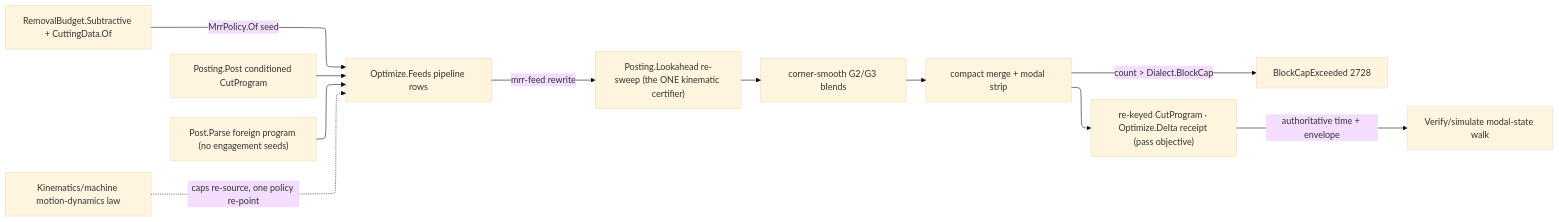
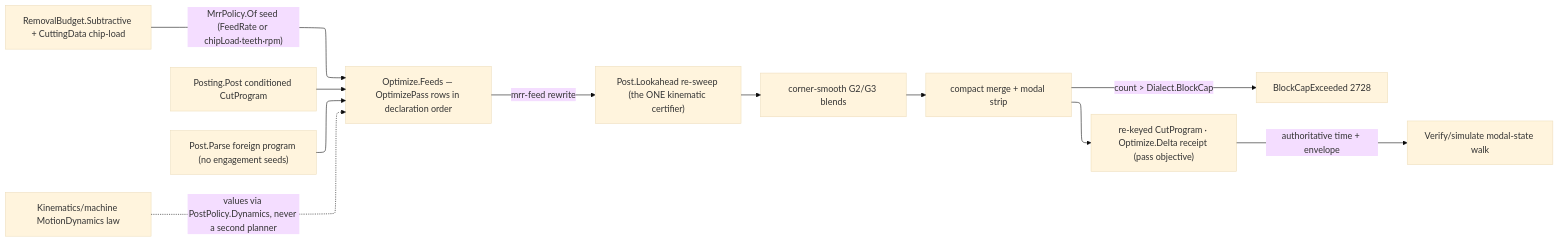
The diagram in libs/csharp/Rasm.Fabrication/.planning/Posting/optimization.md (bsamiee/Rasm), drawn with Mermaid before and after one commit. The commit also changed other lines of this file and 79 other files, not shown here.

````diff
--- a/libs/csharp/Rasm.Fabrication/.planning/Posting/optimization.md
+++ b/libs/csharp/Rasm.Fabrication/.planning/Posting/optimization.md
@@ -285,18 +282,18 @@
 ```mermaid
 ---
 config:
   layout: elk
   theme: base
 ---
 flowchart LR
-    Post["Posting.Post conditioned CutProgram"] --> Apply["Optimize.Feeds pipeline rows"]
+    Post["Posting.Post conditioned CutProgram"] --> Apply["Optimize.Feeds — OptimizePass rows in declaration order"]
     Parse["Post.Parse foreign program (no engagement seeds)"] --> Apply
-    Physics["RemovalBudget.Subtractive + CuttingData.Of"] -->|"MrrPolicy.Of seed"| Apply
-    Apply -->|"mrr-feed rewrite"| Sweep["Posting.Lookahead re-sweep (the ONE kinematic certifier)"]
+    Physics["RemovalBudget.Subtractive + CuttingData chip-load"] -->|"MrrPolicy.Of seed (FeedRate or chipLoad·teeth·rpm)"| Apply
+    Apply -->|"mrr-feed rewrite"| Sweep["Post.Lookahead re-sweep (the ONE kinematic certifier)"]
     Sweep --> SmoothP["corner-smooth G2/G3 blends"]
     SmoothP --> CompactP["compact merge + modal strip"]
     CompactP -->|"count > Dialect.BlockCap"| Cap["BlockCapExceeded 2728"]
     CompactP --> Out["re-keyed CutProgram · Optimize.Delta receipt (pass objective)"]
     Out -->|authoritative time + envelope| Sim["Verify/simulate modal-state walk"]
-    Machine["Kinematics/machine motion-dynamics law"] -.->|"caps re-source, one policy re-point"| Apply
+    Machine["Kinematics/machine MotionDynamics law"] -.->|"values via PostPolicy.Dynamics, never a second planner"| Apply
 ```
````
